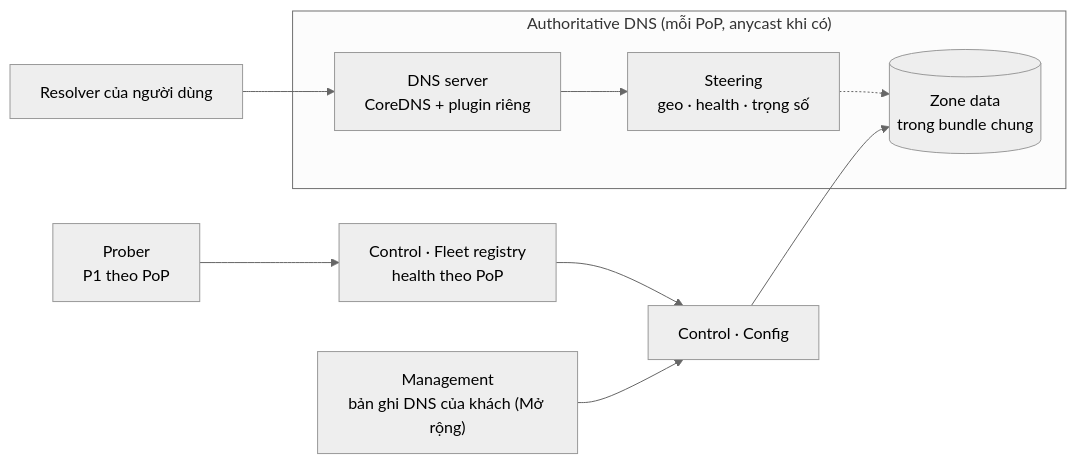
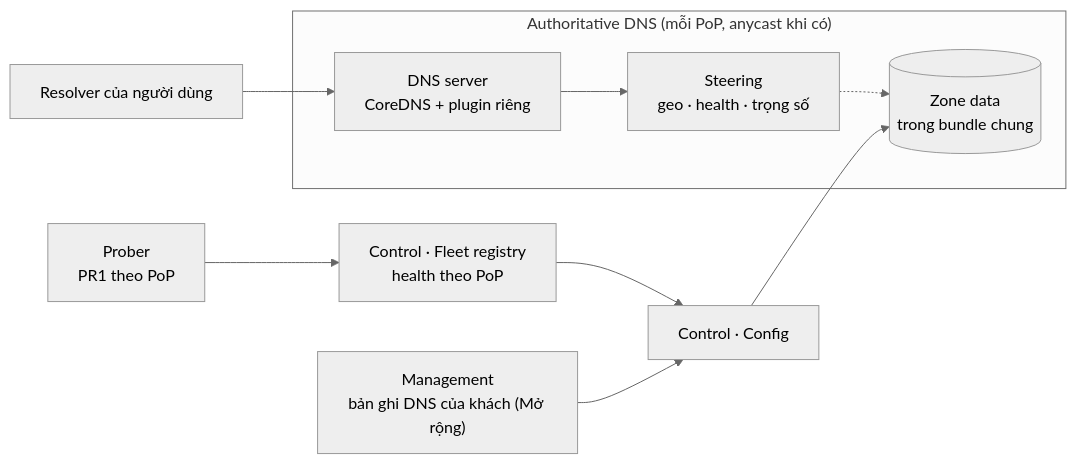
One commit to metap-org/metap-demo-waf changed the diagram in docs/architecture/05-building-blocks/08-components/03-dns-and-traffic-steering.md. Above: the diagram before and after it, drawn with Mermaid (neutral theme). The commit also changed 18 other files, not shown here.

````diff
--- a/docs/architecture/05-building-blocks/08-components/03-dns-and-traffic-steering.md
+++ b/docs/architecture/05-building-blocks/08-components/03-dns-and-traffic-steering.md
@@ -14,19 +14,19 @@
 ```mermaid
 flowchart LR
     user["Resolver của người dùng"]
     subgraph DNS["Authoritative DNS (mỗi PoP, anycast khi có)"]
         ns["DNS server<br/>CoreDNS + plugin riêng"]
         st["Steering<br/>geo · health · trọng số"]
         zdb[("Zone data<br/>trong bundle chung")]
     end
     fleet["Control · Fleet registry<br/>health theo PoP"]
-    probe["Prober<br/>P1 theo PoP"]
+    probe["Prober<br/>PR1 theo PoP"]
     mgmt["Management<br/>bản ghi DNS của khách (Mở rộng)"]
     cfg["Control · Config"]
 
     user --> ns --> st
     st -.-> zdb
     fleet --> cfg
     probe --> fleet
     mgmt --> cfg --> zdb
 ```
````
